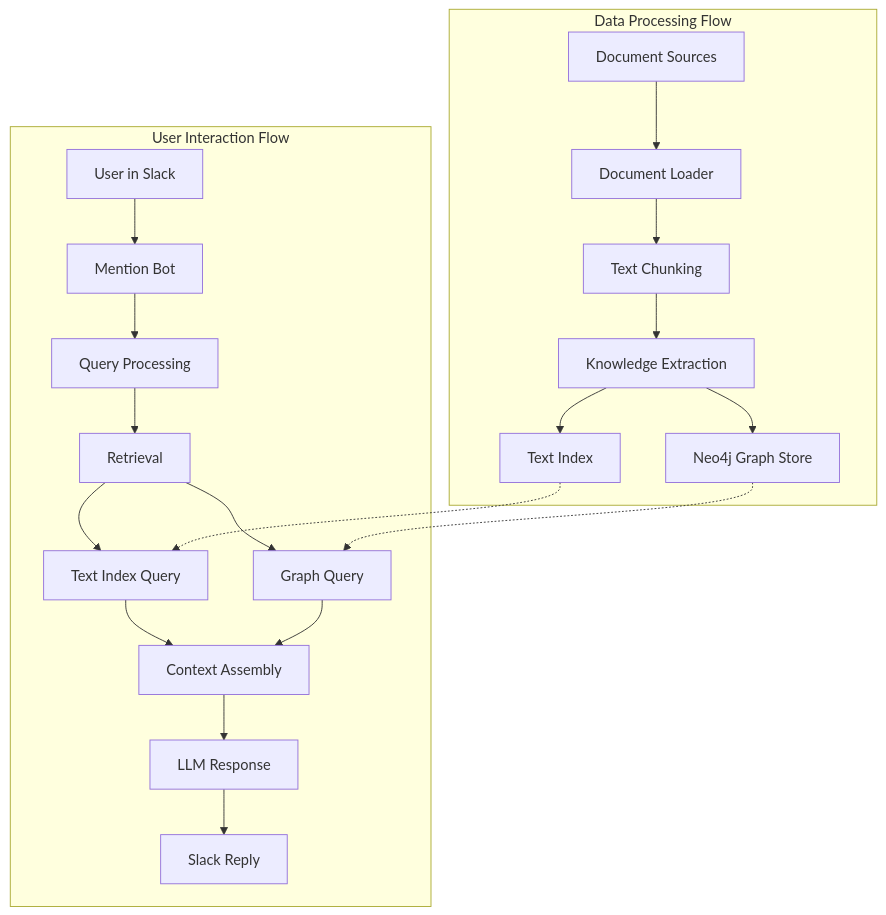
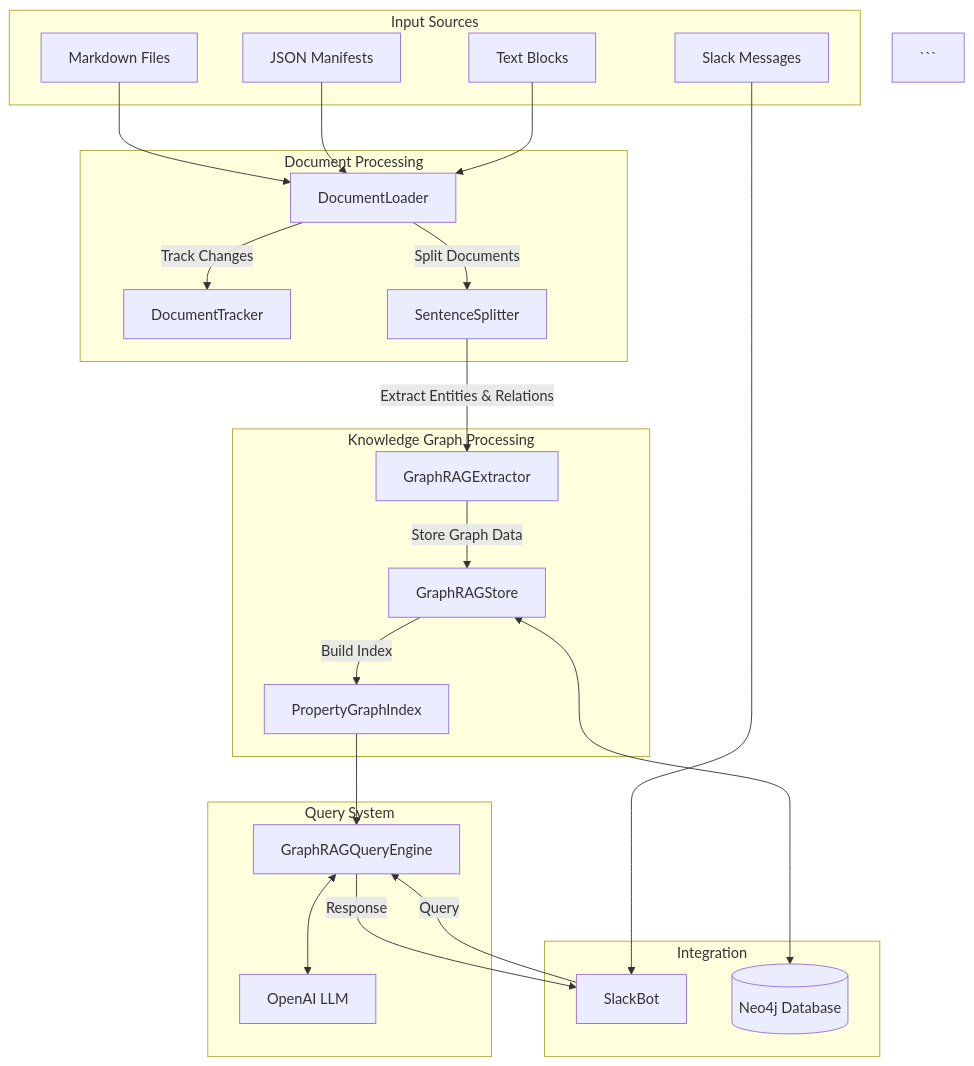
One commit to BlockScience/BlockOfDocs-agent changed the diagram in README.md. Above: the diagram before and after it, drawn with Mermaid.

Commit message:
update diagram

`````diff
--- a/README.md
+++ b/README.md
@@ -34,25 +34,45 @@
-```mermaid
-flowchart TD
-    subgraph Data Processing Flow
-        A[Document Sources] --> B[Document Loader]
-        B --> C[Text Chunking]
-        C --> D[Knowledge Extraction]
-        D --> E[Neo4j Graph Store]
-        D --> F[Text Index]
+````mermaid
+flowchart TB
+    subgraph Input Sources
+        MD[Markdown Files]
+        JSON[JSON Manifests]
+        TXT[Text Blocks]
+        SLACK[Slack Messages]
     end
 
-    subgraph User Interaction Flow
-        G[User in Slack] --> H[Mention Bot]
-        H --> I[Query Processing]
-        I --> J[Retrieval]
-        J --> K[Text Index Query]
-        J --> L[Graph Query]
-        K --> M[Context Assembly]
-        L --> M
-        M --> N[LLM Response]
-        N --> O[Slack Reply]
+    subgraph Document Processing
+        DL[DocumentLoader]
+        DT[DocumentTracker]
+        SP[SentenceSplitter]
     end
 
-    E -.-> L
-    F -.-> K
-```
+    subgraph Knowledge Graph Processing
+        KGE[GraphRAGExtractor]
+        GS[GraphRAGStore]
+        PGI[PropertyGraphIndex]
+    end
+
+    subgraph Query System
+        QE[GraphRAGQueryEngine]
+        LLM[OpenAI LLM]
+    end
+
+    subgraph Integration
+        SB[SlackBot]
+        NEO4J[(Neo4j Database)]
+    end
+
+    MD & JSON & TXT --> DL
+    DL --> |Track Changes| DT
+    DL --> |Split Documents| SP
+    SP --> |Extract Entities & Relations| KGE
+    KGE --> |Store Graph Data| GS
+    GS --> |Build Index| PGI
+    GS <--> NEO4J
+    PGI --> QE
+    QE <--> LLM
+    SLACK --> SB
+    SB --> |Query| QE
+    QE --> |Response| SB
+    ```
+````
`````
